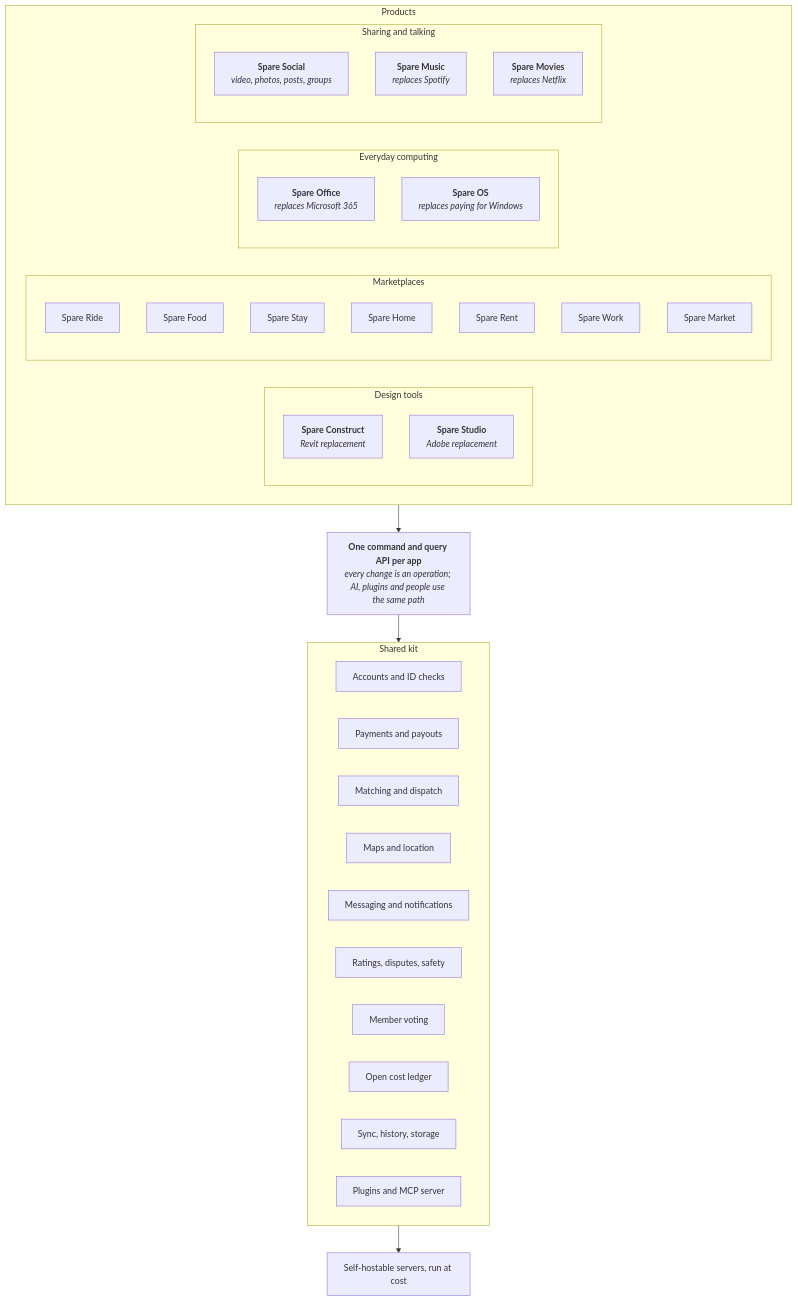
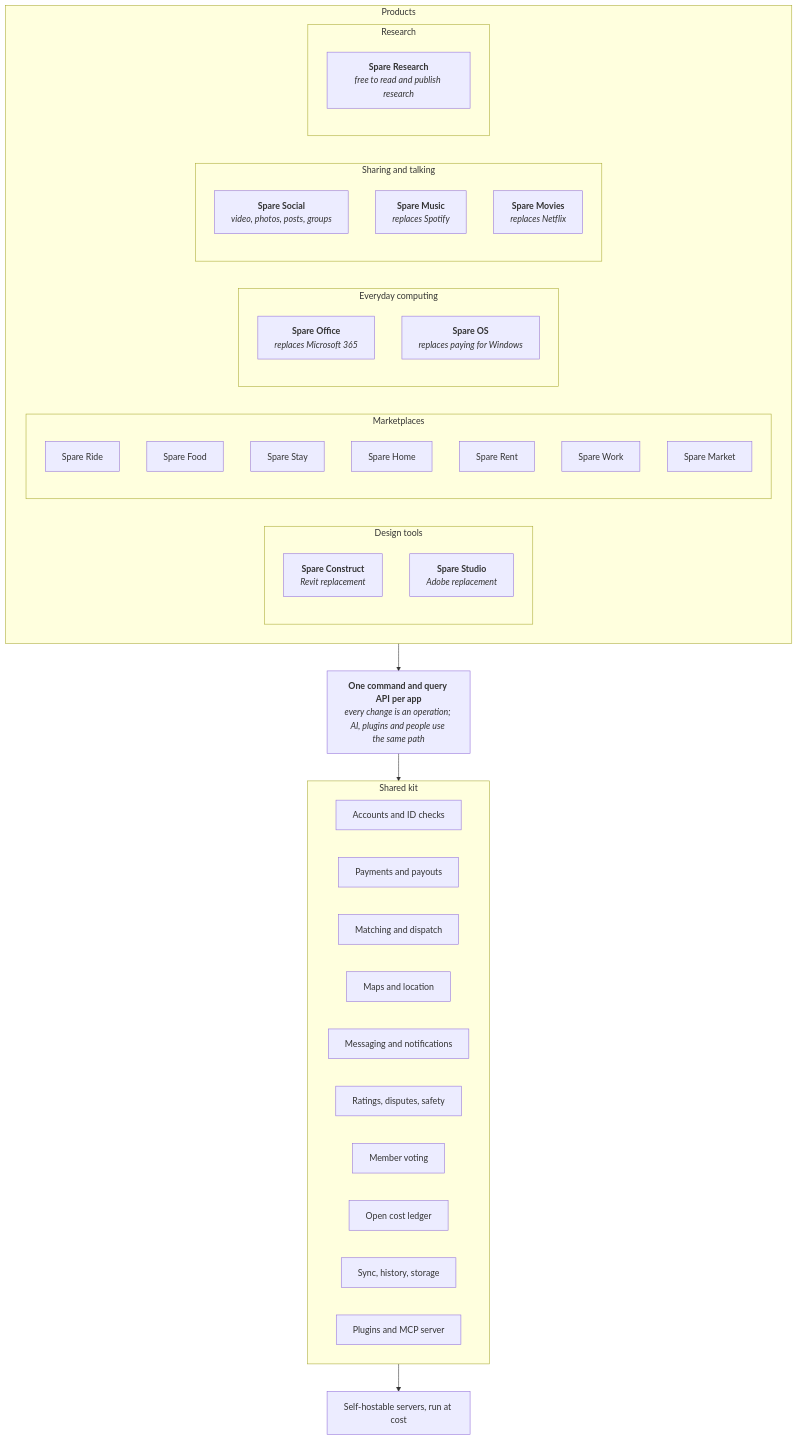
The first of 2 diagrams in ARCHITECTURE.md (spareware-co-op/spareware), drawn with Mermaid before and after one commit. The commit also changed other lines of this file and 8 other files, not shown here.

Commit message:
Human and AI sections in Spare Music and Spare Movies; Spare Research at the Idea stage; bug reports from every app straight to GitHub (kit)

````diff
--- a/ARCHITECTURE.md
+++ b/ARCHITECTURE.md
@@ -7,51 +7,55 @@
 ```mermaid
 flowchart TB
   subgraph Products
     direction LR
     subgraph Design[Design tools]
       CONSTRUCT["`**Spare Construct**
 *Revit replacement*`"]
       CREATIVE["`**Spare Studio**
 *Adobe replacement*`"]
     end
     subgraph Markets[Marketplaces]
       RIDE[Spare Ride]
       FOOD[Spare Food]
       STAY[Spare Stay]
       HOME[Spare Home]
       RENT[Spare Rent]
       WORK[Spare Work]
       MARKET[Spare Market]
     end
     subgraph Compute[Everyday computing]
       OFFICEAPP["`**Spare Office**
 *replaces Microsoft 365*`"]
       OSAPP["`**Spare OS**
 *replaces paying for Windows*`"]
     end
     subgraph Social[Sharing and talking]
       SOCIALAPP["`**Spare Social**
 *video, photos, posts, groups*`"]
       MUSICAPP["`**Spare Music**
 *replaces Spotify*`"]
       MOVIESAPP["`**Spare Movies**
 *replaces Netflix*`"]
     end
+    subgraph Science[Research]
+      RESEARCHAPP["`**Spare Research**
+*free to read and publish research*`"]
+    end
   end
   API["`**One command and query API per app**
 *every change is an operation; AI, plugins and people use the same path*`"]
   subgraph Kit[Shared kit]
     ID[Accounts and ID checks]
     PAY[Payments and payouts]
     MATCH[Matching and dispatch]
     MAP[Maps and location]
     MSG[Messaging and notifications]
     TRUST[Ratings, disputes, safety]
     VOTE[Member voting]
     LEDGER[Open cost ledger]
     SYNC[Sync, history, storage]
     PLUG[Plugins and MCP server]
   end
   HOST[Self-hostable servers, run at cost]
   Products --> API --> Kit --> HOST
 ```
````
